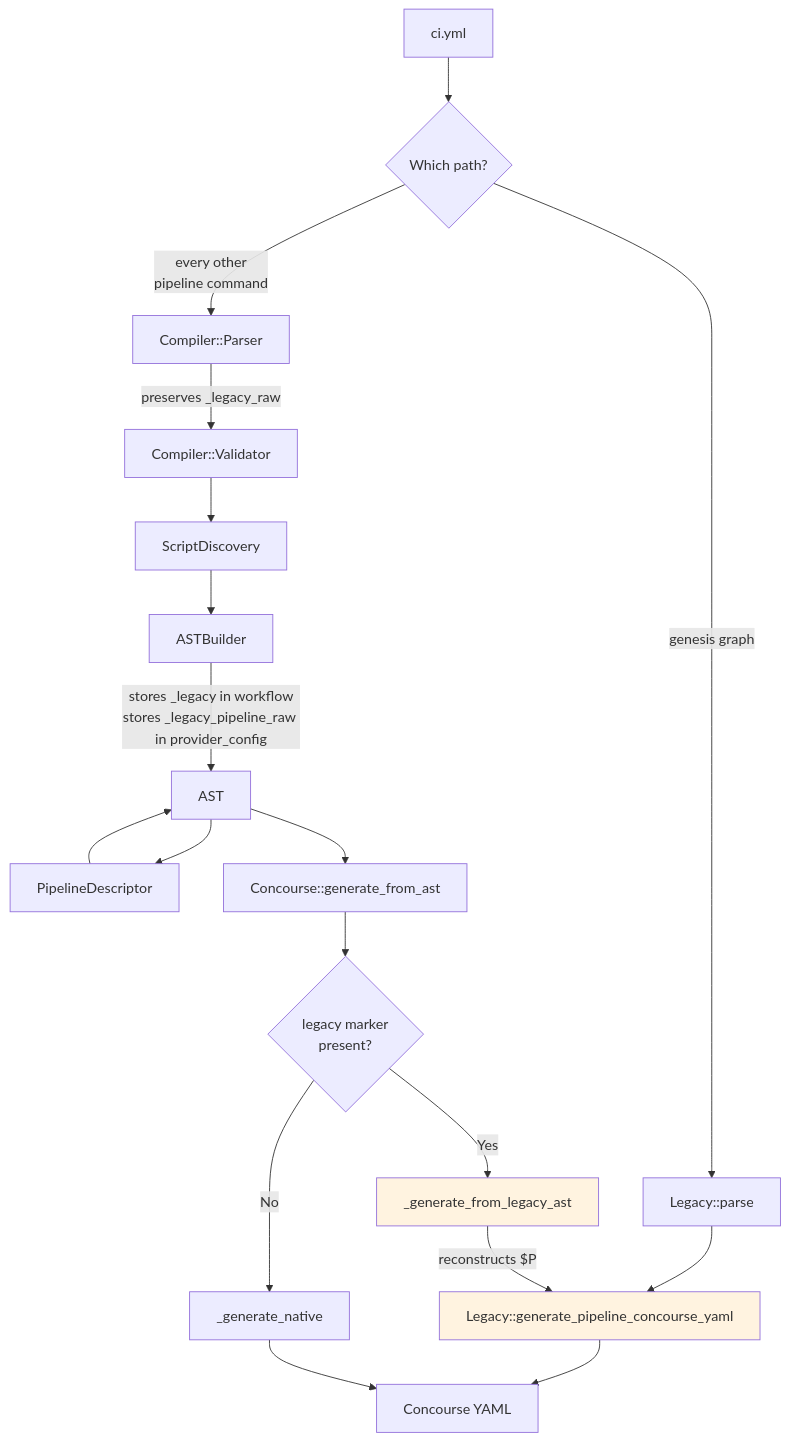
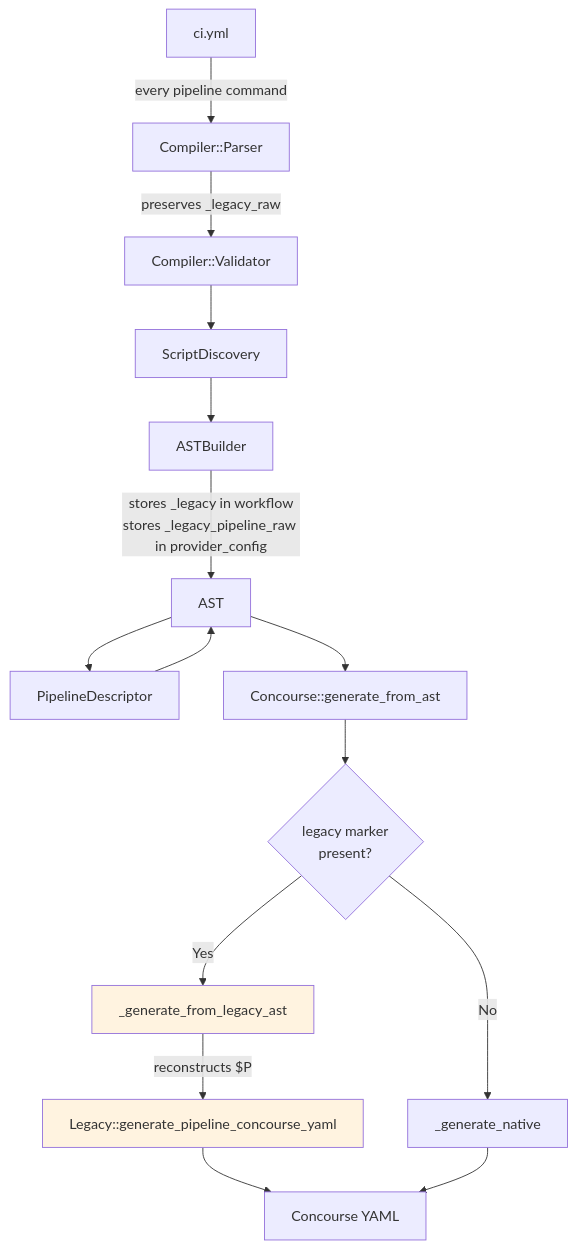
One commit to RubidiumStudios/genesis changed the diagram in docs/ci/dev/legacy-bridge.md. Above: the diagram before and after it, drawn with Mermaid. The commit also changed other lines of this file and 8 other files, not shown here.

First line of the commit message:
Retire repipe, graph and describe (D151)

````diff
--- a/docs/ci/dev/legacy-bridge.md
+++ b/docs/ci/dev/legacy-bridge.md
@@ -84,26 +77,21 @@
 ```mermaid
 flowchart TD
-    A[ci.yml] --> B{Which path?}
-
-    B -->|"genesis graph"| C[Legacy::parse]
-    C --> D[Legacy::generate_pipeline_concourse_yaml]
-    D --> E[Concourse YAML]
-
-    B -->|"every other<br/>pipeline command"| F[Compiler::Parser]
+    A[ci.yml] -->|"every pipeline command"| F[Compiler::Parser]
+    D[Legacy::generate_pipeline_concourse_yaml] --> E[Concourse YAML]
     F -->|"preserves _legacy_raw"| G[Compiler::Validator]
     G --> H[ScriptDiscovery]
     H --> I[ASTBuilder]
     I -->|"stores _legacy in workflow<br/>stores _legacy_pipeline_raw in provider_config"| J[AST]
     J --> K[PipelineDescriptor]
     K --> J
     J --> L[Concourse::generate_from_ast]
 
     L --> M{legacy marker<br/>present?}
     M -->|Yes| N[_generate_from_legacy_ast]
     N -->|reconstructs $P| D
     M -->|No| O[_generate_native]
     O --> E
 
     style N fill:#fff3e0
     style D fill:#fff3e0
 ```
````
